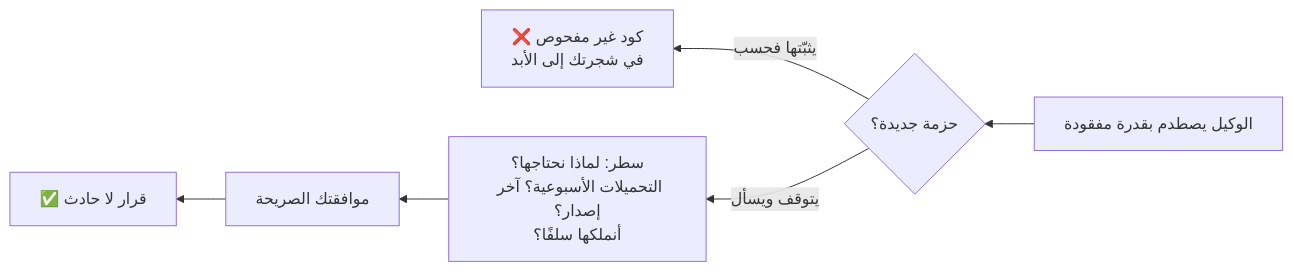
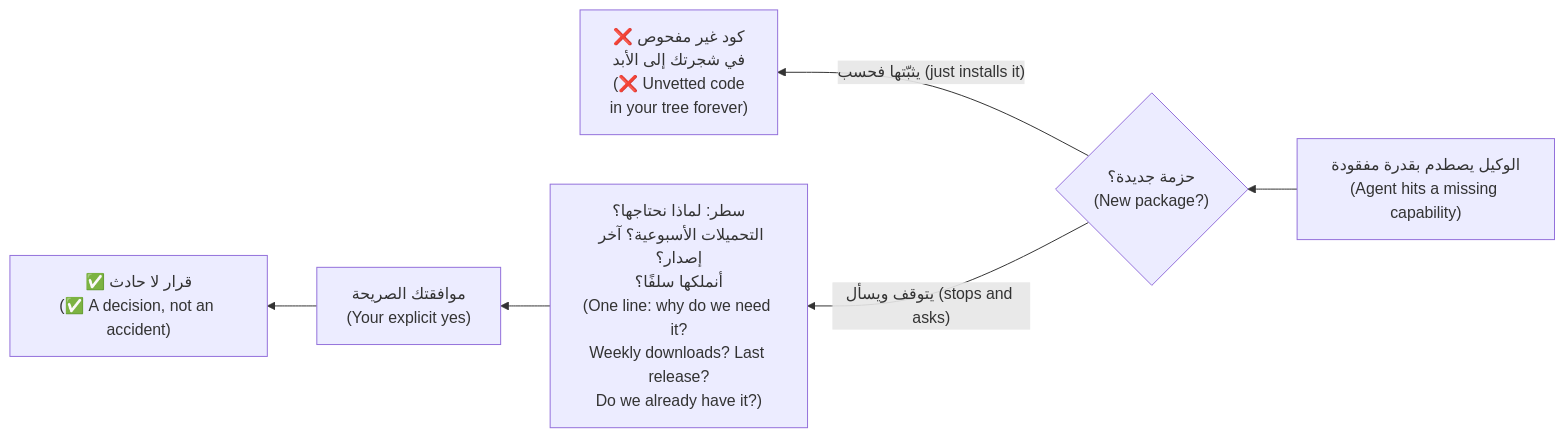
One commit to Tamoura/system-design-for-vibe-coders changed the fifth of 5 diagrams in modules/08-safety-nets/module.ar.md. Above: the diagram before and after it, drawn with Mermaid. The commit also changed other lines of this file and 62 other files, not shown here.

First line of the commit message:
Arabic editions: English on every diagram label, RTL fixes, rebuild

````diff
--- a/modules/08-safety-nets/module.ar.md
+++ b/modules/08-safety-nets/module.ar.md
@@ -575,8 +575,8 @@
 ```mermaid
 flowchart RL
-    NEED["الوكيل يصطدم بقدرة مفقودة"] --> ASK{"حزمة جديدة؟"}
-    ASK -->|"يثبّتها فحسب"| BAD["❌ كود غير مفحوص<br/>في شجرتك إلى الأبد"]
-    ASK -->|"يتوقف ويسأل"| CHECK["سطر: لماذا نحتاجها؟<br/>التحميلات الأسبوعية؟ آخر إصدار؟<br/>أنملكها سلفًا؟"]
-    CHECK --> YES["موافقتك الصريحة"]
-    YES --> GOOD["✅ قرار لا حادث"]
+    NEED["الوكيل يصطدم بقدرة مفقودة<br/>(Agent hits a missing capability)"] --> ASK{"حزمة جديدة؟<br/>(New package?)"}
+    ASK -->|"يثبّتها فحسب (just installs it)"| BAD["❌ كود غير مفحوص<br/>في شجرتك إلى الأبد<br/>(❌ Unvetted code<br/>in your tree forever)"]
+    ASK -->|"يتوقف ويسأل (stops and asks)"| CHECK["سطر: لماذا نحتاجها؟<br/>التحميلات الأسبوعية؟ آخر إصدار؟<br/>أنملكها سلفًا؟<br/>(One line: why do we need it?<br/>Weekly downloads? Last release?<br/>Do we already have it?)"]
+    CHECK --> YES["موافقتك الصريحة<br/>(Your explicit yes)"]
+    YES --> GOOD["✅ قرار لا حادث<br/>(✅ A decision, not an accident)"]
 ```
````
